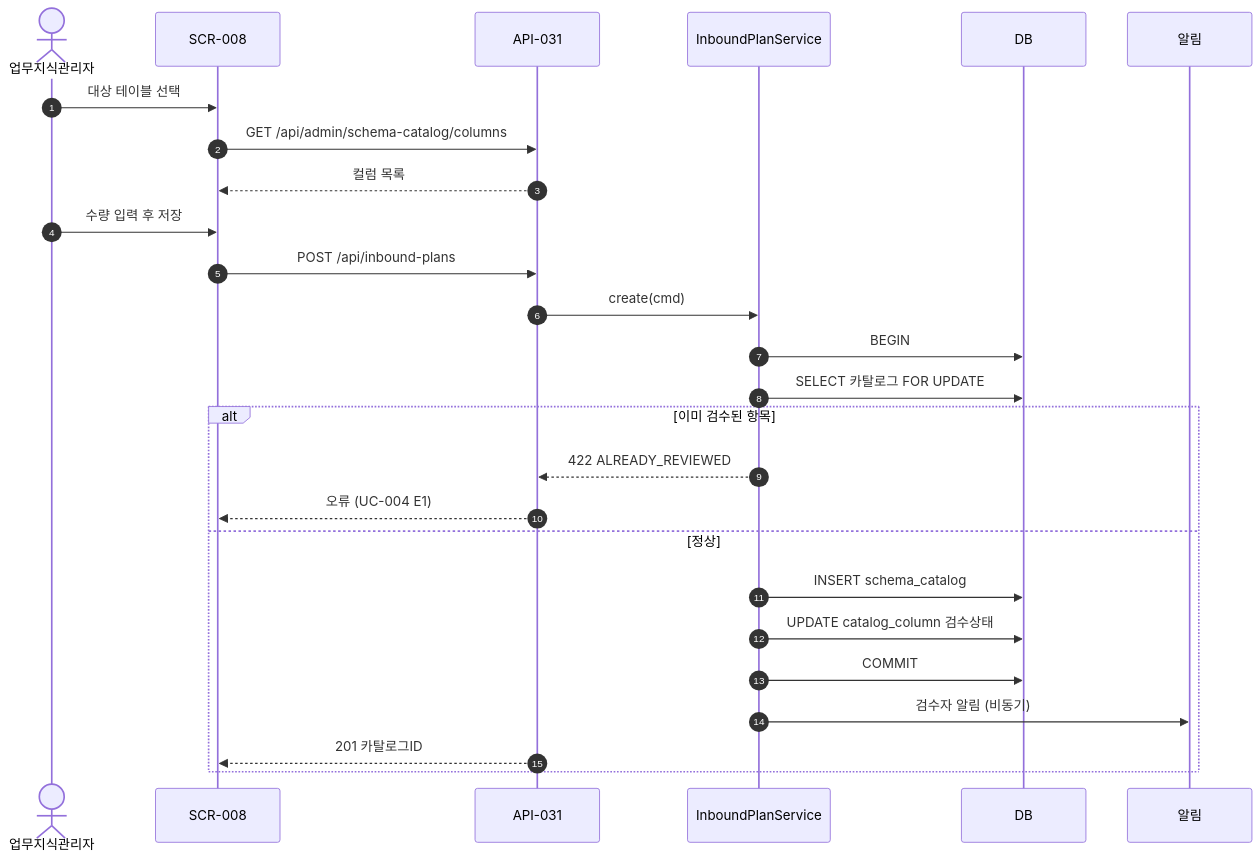
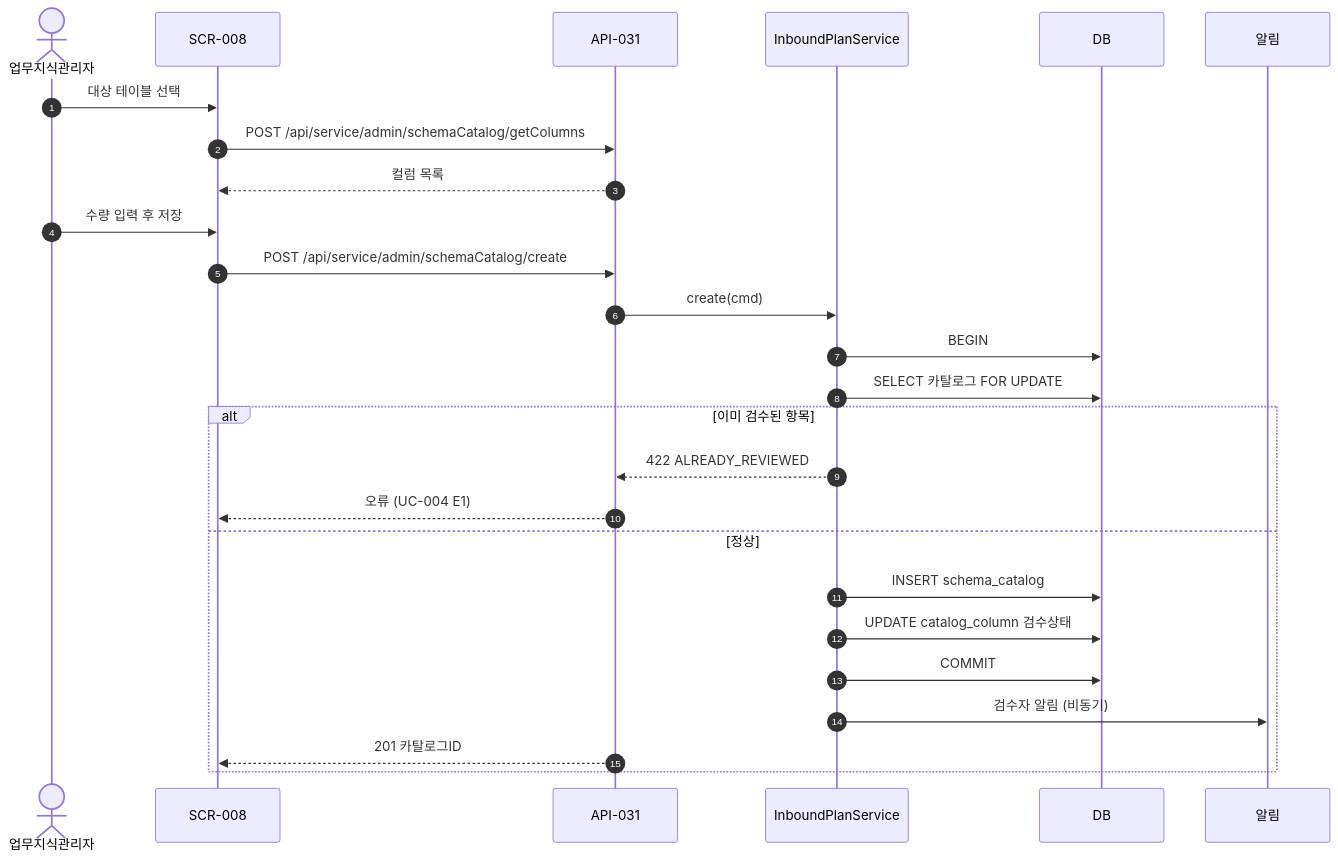
Before and after one commit to choijoobok/ai-agent: the diagram in aidd-guide/phase/P3-design.md, drawn with Mermaid. The commit also changed other lines of this file and 18 other files, not shown here.

````diff
--- a/aidd-guide/phase/P3-design.md
+++ b/aidd-guide/phase/P3-design.md
@@ -230,29 +230,29 @@
 ```mermaid
 sequenceDiagram
   autonumber
   actor V as 업무지식관리자
   participant UI as SCR-008
   participant API as API-031
   participant SVC as InboundPlanService
   participant DB as DB
   participant NOTI as 알림
 
   V->>UI: 대상 테이블 선택
-  UI->>API: GET /api/admin/schema-catalog/columns
+  UI->>API: POST /api/service/admin/schemaCatalog/getColumns
   API-->>UI: 컬럼 목록
   V->>UI: 수량 입력 후 저장
-  UI->>API: POST /api/inbound-plans
+  UI->>API: POST /api/service/admin/schemaCatalog/create
   API->>SVC: create(cmd)
   SVC->>DB: BEGIN
   SVC->>DB: SELECT 카탈로그 FOR UPDATE
   alt 이미 검수된 항목
     SVC-->>API: 422 ALREADY_REVIEWED
     API-->>UI: 오류 (UC-004 E1)
   else 정상
     SVC->>DB: INSERT schema_catalog
     SVC->>DB: UPDATE catalog_column 검수상태
     SVC->>DB: COMMIT
     SVC->>NOTI: 검수자 알림 (비동기)
     API-->>UI: 201 카탈로그ID
   end
 ```
````
